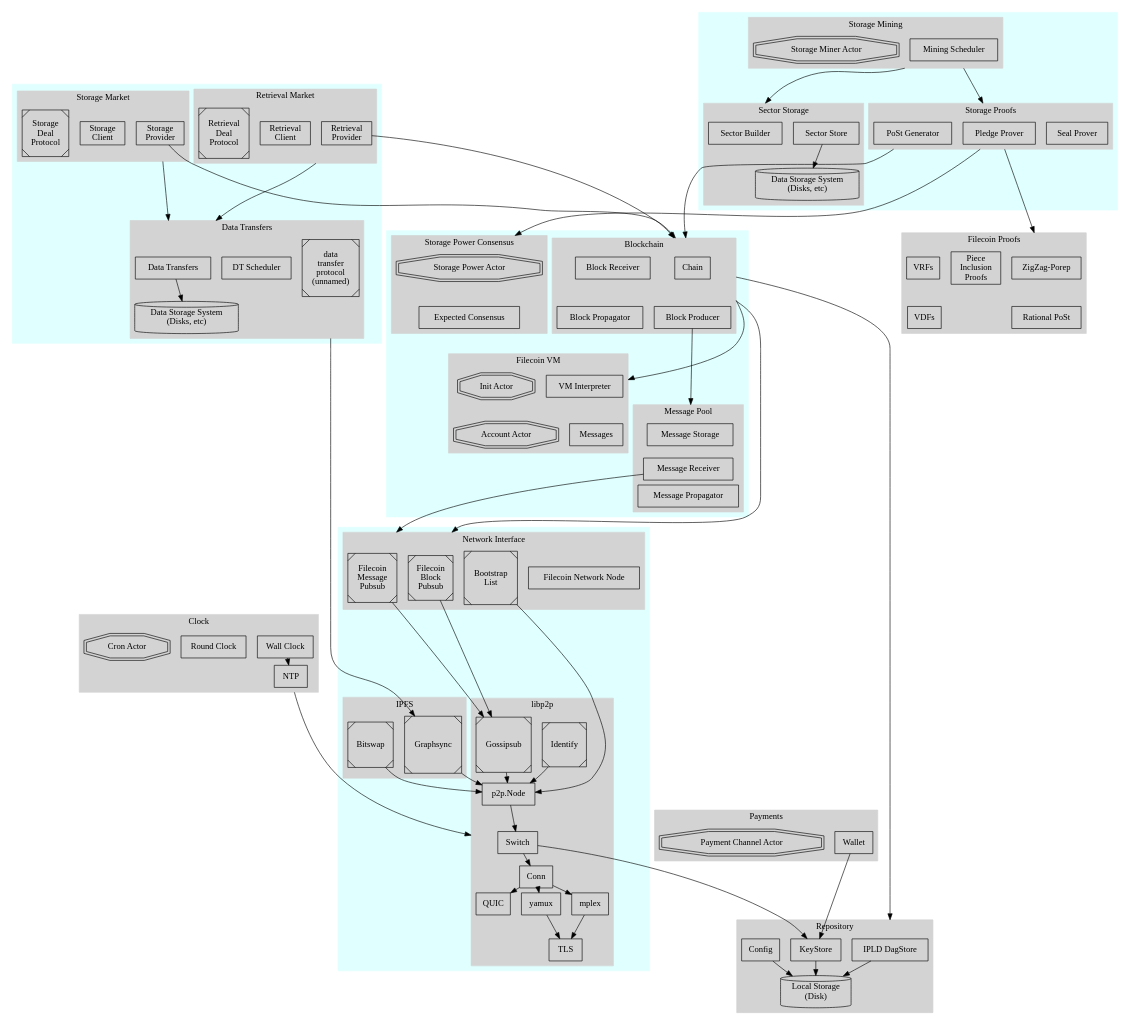
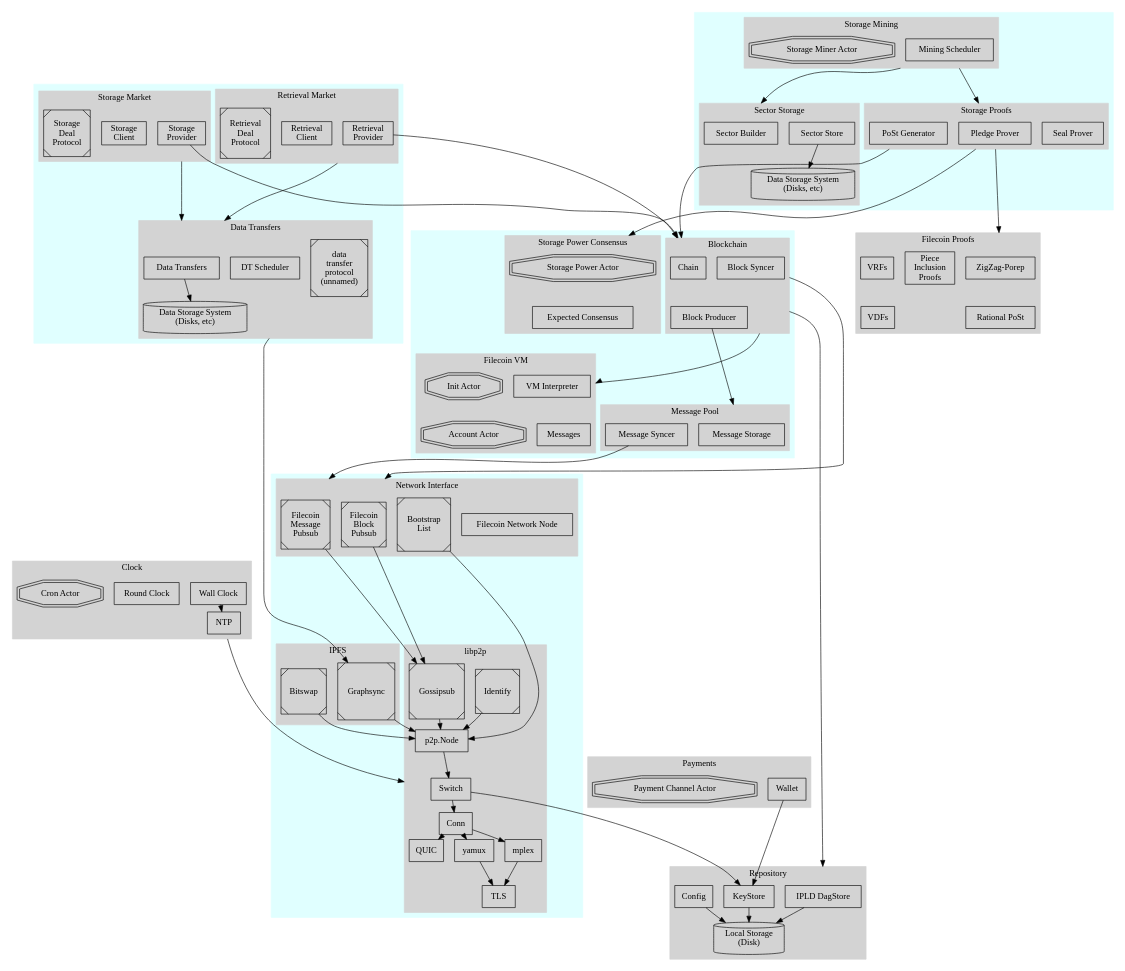
One commit to filecoin-project/specs changed the diagram in diagrams/overview1/overview.dot. Above: the diagram before and after it, drawn with Graphviz.

Commit message:
removed block/message propagator/receiver in favor of single syncer for each in diagram

```diff
--- a/diagrams/overview1/overview.dot
+++ b/diagrams/overview1/overview.dot
@@ -15,13 +15,11 @@
       { // components
         node [shape=box]
         "Chain"
-        "Block Receiver"
-        "Block Propagator"
+        "Block Syncer"
         "Block Producer"
       }
 
       "Chain" -> "Block Producer" [style=invis]
-      "Block Receiver" -> "Block Propagator" [style=invis]
     }
 
     subgraph cluster_vm {
@@ -53,11 +51,8 @@
       { // components
         node [shape=box]
         "Message Storage"
-        "Message Propagator"
-        "Message Receiver"
+        "Message Syncer"
       }
-
-      "Message Storage" -> "Message Receiver" -> "Message Propagator" [style=invis]
     }
 
 
@@ -363,8 +358,8 @@
     "AuthSwap" -> "Graphsync" [ltail=cluster_datatransfers]
     "Storage Provider" -> "Data Transfers" [ltail=cluster_storagemarket, lhead=cluster_datatransfers]
     "Retrieval Provider" -> "Data Transfers" [ltail=cluster_retrievalmarket, lhead=cluster_datatransfers]
-    "Block Receiver" -> "Block Pubsub" [ltail=cluster_blockchain, lhead=cluster_network]
-    "Message Receiver" -> "Message Pubsub" [ltail=cluster_blockchain, lhead=cluster_network]
+    "Block Syncer" -> "Block Pubsub" [ltail=cluster_blockchain, lhead=cluster_network]
+    "Message Syncer" -> "Message Pubsub" [ltail=cluster_blockchain, lhead=cluster_network]
     // "Message Storage" -> "IPLD DagStore" [ltail=cluster_blockchain, lhead=cluster_repository]
     "Switch" -> "KeyStore"
     "NTP" -> "Switch" [ltail=cluster_clock, lhead=cluster_libp2p]
```
